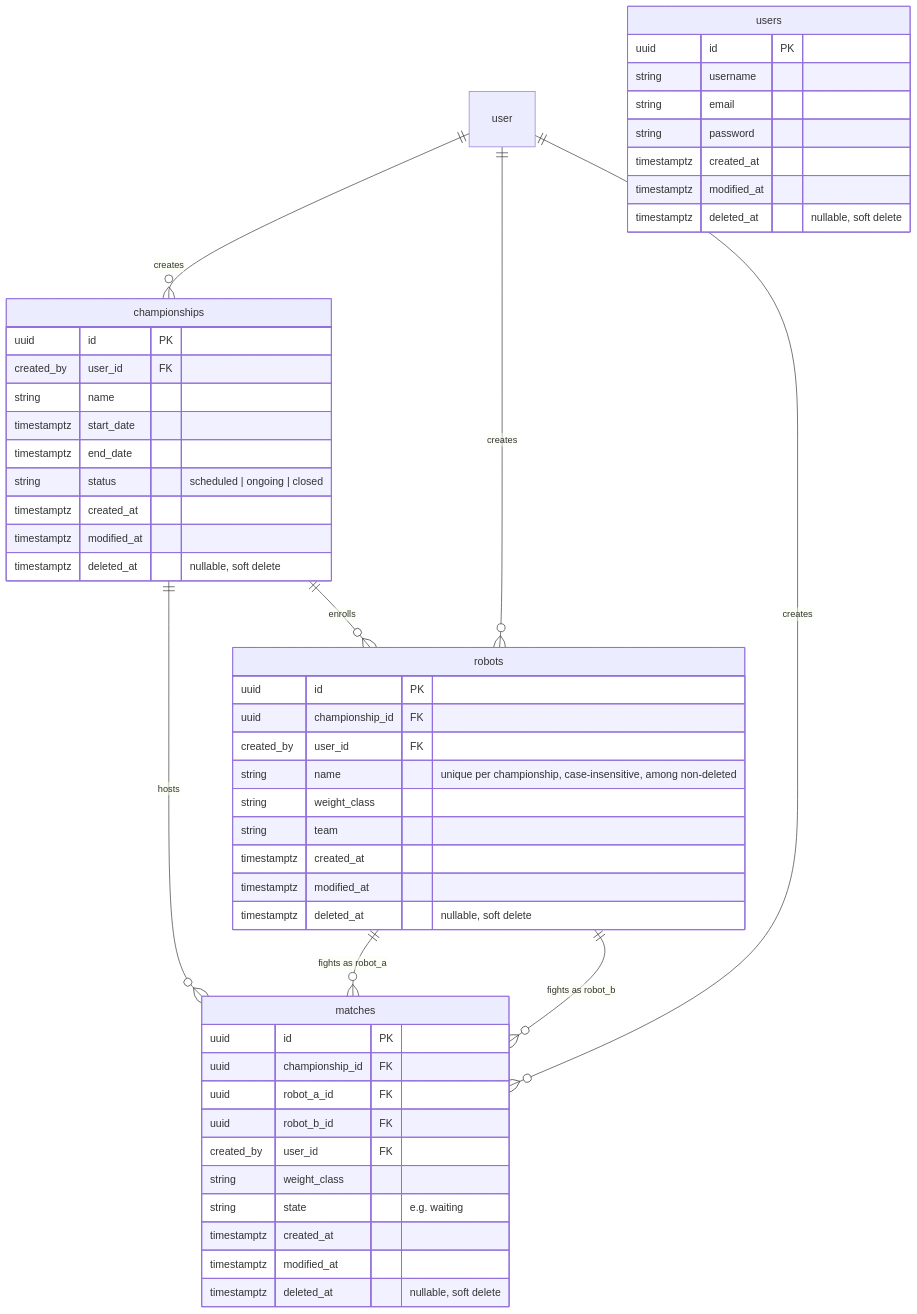
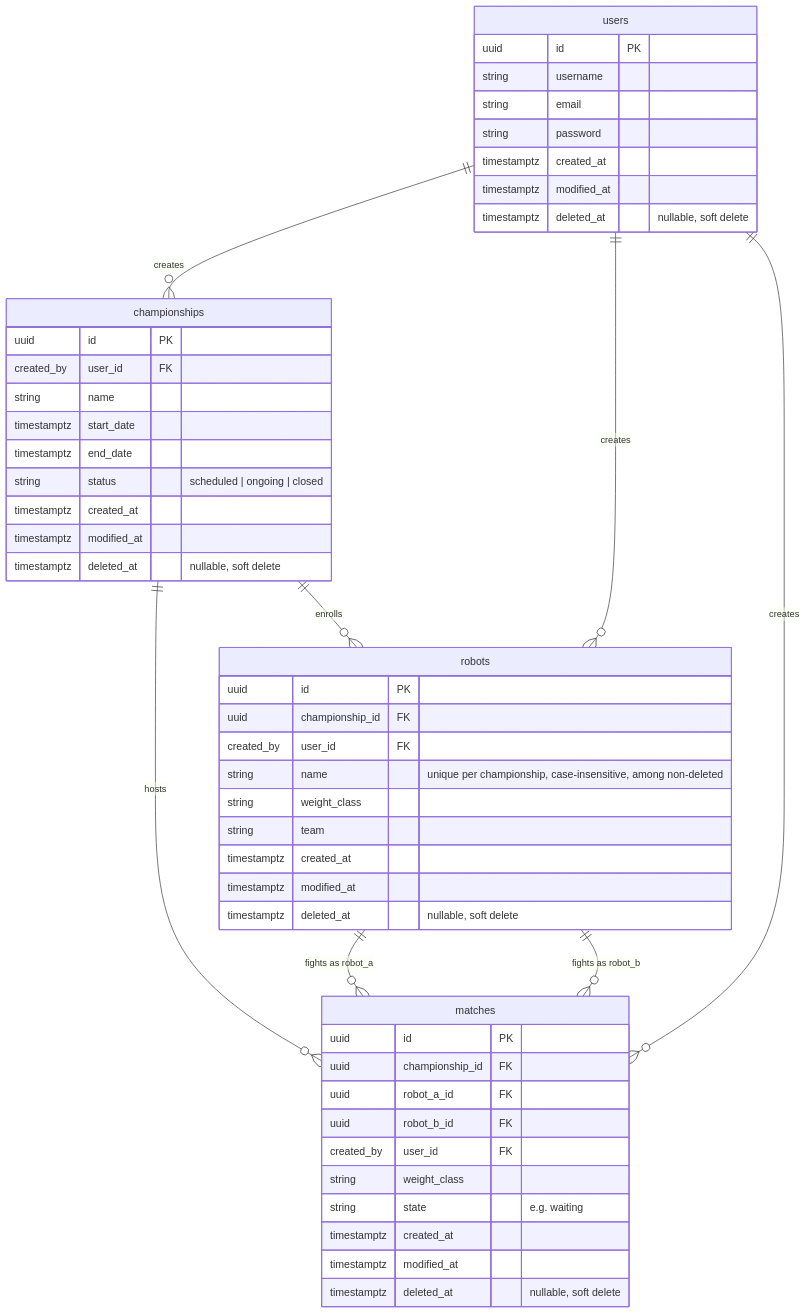
One commit to UTFPR-Oficinas-2/crossliseu changed the diagram in docs/database-model.md. Above: the diagram before and after it, drawn with Mermaid.

````diff
--- a/docs/database-model.md
+++ b/docs/database-model.md
@@ -1,60 +1,60 @@
 ```mermaid
 ---
 config:
   theme: default
   look: classic
   layout: dagre
 ---
 erDiagram
   championships ||--o{ robots : "enrolls"
   championships ||--o{ matches : "hosts"
   robots ||--o{ matches : "fights as robot_a"
   robots ||--o{ matches : "fights as robot_b"
-  user ||--o{ championships : creates
-  user ||--o{ matches : creates
-  user ||--o{ robots : creates
+  users ||--o{ championships : creates
+  users ||--o{ matches : creates
+  users ||--o{ robots : creates
 
   users {
     uuid id PK
     string username
     string email
     string password
     timestamptz created_at
     timestamptz modified_at
     timestamptz deleted_at "nullable, soft delete"
   }
   championships {
     uuid id PK
     created_by user_id FK
     string name
     timestamptz start_date
     timestamptz end_date
     string status "scheduled | ongoing | closed"
     timestamptz created_at
     timestamptz modified_at
     timestamptz deleted_at "nullable, soft delete"
   }
   robots {
     uuid id PK
     uuid championship_id FK
     created_by user_id FK
     string name "unique per championship, case-insensitive, among non-deleted"
     string weight_class
     string team
     timestamptz created_at
     timestamptz modified_at
     timestamptz deleted_at "nullable, soft delete"
   }
   matches {
     uuid id PK
     uuid championship_id FK
     uuid robot_a_id FK
     uuid robot_b_id FK
     created_by user_id FK
     string weight_class
     string state "e.g. waiting"
     timestamptz created_at
     timestamptz modified_at
     timestamptz deleted_at "nullable, soft delete"
   }
 ```
````
